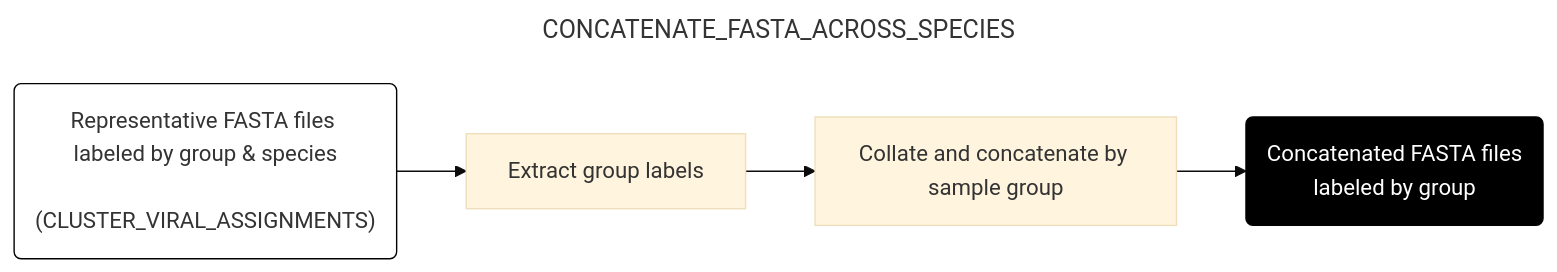
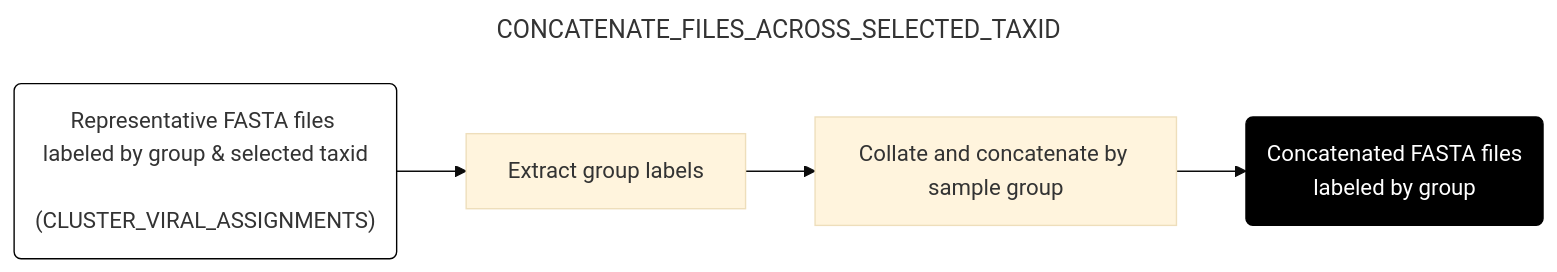
The seventh of 11 diagrams in docs/downstream.md (naobservatory/mgs-workflow), drawn with Mermaid (base theme) before and after one commit. The commit also changed other lines of this file and 8 other files, not shown here.

````diff
--- a/docs/downstream.md
+++ b/docs/downstream.md
@@ -292,13 +292,13 @@
 ```mermaid
 ---
-title: CONCATENATE_FASTA_ACROSS_SPECIES
+title: CONCATENATE_FILES_ACROSS_SELECTED_TAXID
 config:
   layout: horizontal
 ---
 flowchart LR
-A("Representative FASTA files <br> labeled by group & species <br> (CLUSTER_VIRAL_ASSIGNMENTS)") --> B[Extract group labels]
+A("Representative FASTA files <br> labeled by group & selected taxid <br> (CLUSTER_VIRAL_ASSIGNMENTS)") --> B[Extract group labels]
 B --> C[Collate and concatenate by sample group]
 C --> D(Concatenated FASTA files <br> labeled by group)
 style A fill:#fff,stroke:#000
 style D fill:#000,color:#fff,stroke:#000
 ```
````
